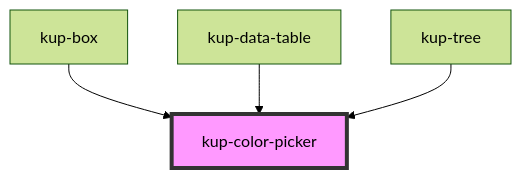
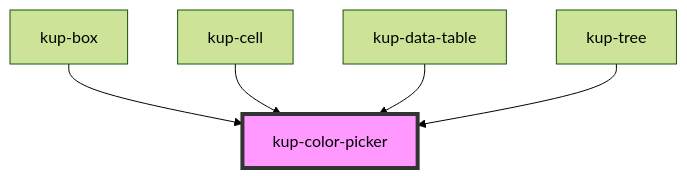
The diagram in packages/ketchup/src/components/kup-color-picker/readme.md (smeup/ketchup), drawn with Mermaid (forest theme) before and after one commit. The commit also changed other lines of this file and 12 other files, not shown here.

````diff
--- a/packages/ketchup/src/components/kup-color-picker/readme.md
+++ b/packages/ketchup/src/components/kup-color-picker/readme.md
@@ -98,7 +99,8 @@
 ```mermaid
 graph TD;
   kup-box --> kup-color-picker
+  kup-cell --> kup-color-picker
   kup-data-table --> kup-color-picker
   kup-tree --> kup-color-picker
   style kup-color-picker fill:#f9f,stroke:#333,stroke-width:4px
 ```
````
